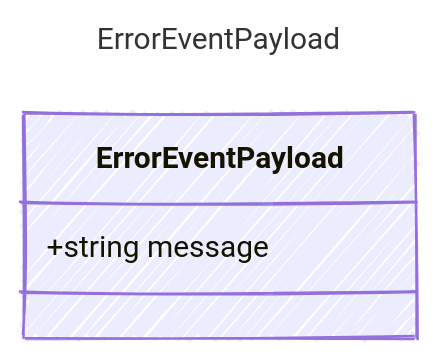
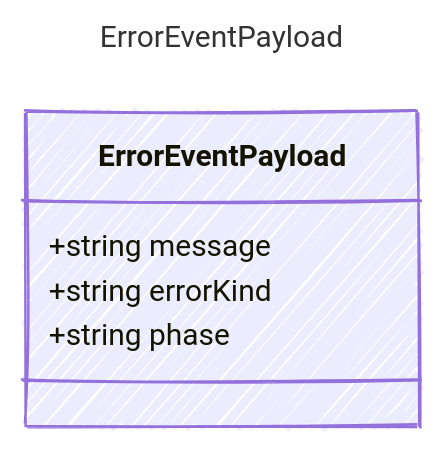
The diagram in web/src/content/docs/reference/ErrorEventPayload.md (microsoft/prompty), drawn with Mermaid before and after one commit. The commit also changed other lines of this file and 1425 other files, not shown here.

````diff
--- a/web/src/content/docs/reference/ErrorEventPayload.md
+++ b/web/src/content/docs/reference/ErrorEventPayload.md
@@ -11,14 +12,16 @@
 ```mermaid
 ---
 title: ErrorEventPayload
 config:
   look: handDrawn
   theme: colorful
   class:
     hideEmptyMembersBox: true
 ---
 classDiagram
     class ErrorEventPayload {
         +string message
+        +string errorKind
+        +string phase
     }
 ```
````
